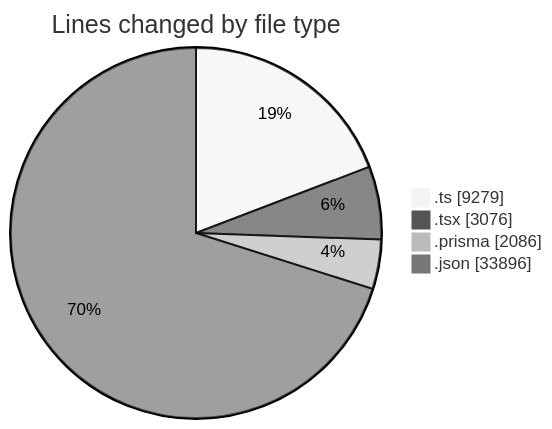
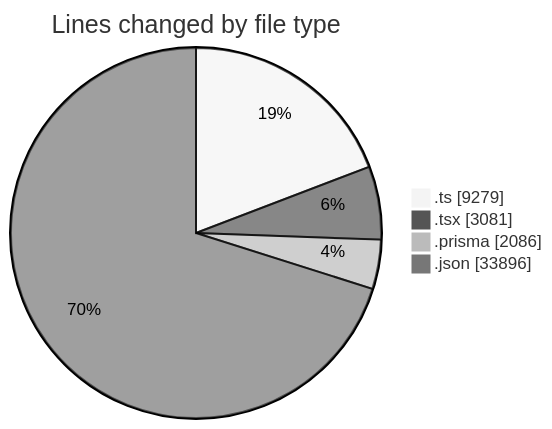
Before and after one commit to CELIANVF/code-tracking: the first of 2 diagrams in 2025-05-19/ecodeli-1/README.md, drawn with Mermaid (neutral theme). The commit also changed other lines of this file and 1 other file, not shown here.

````diff
--- a/2025-05-19/ecodeli-1/README.md
+++ b/2025-05-19/ecodeli-1/README.md
@@ -57,8 +57,8 @@
 ```mermaid
 pie showData
 title Lines changed by file type
 ".ts" : 9279
-".tsx" : 3076
+".tsx" : 3081
 ".prisma" : 2086
 ".json" : 33896
 ```
````
